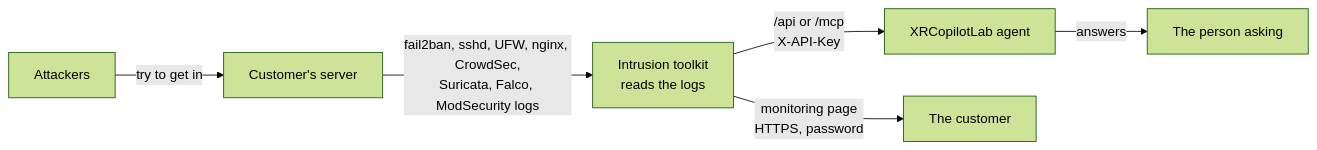
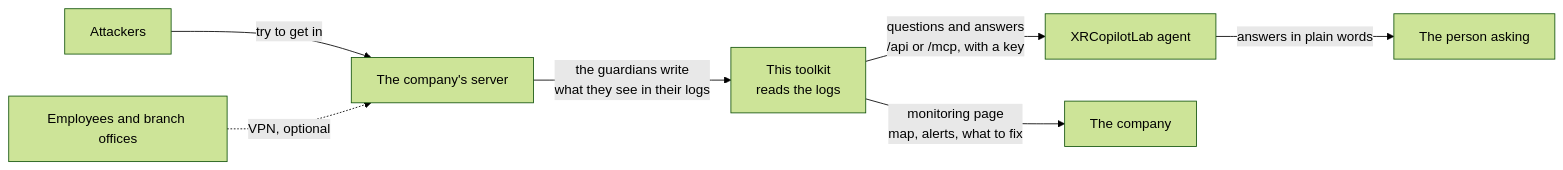
The first of 12 diagrams in README.md (hevolusinnovation/xrcopilotlab-intrusion-mcp), drawn with Mermaid (forest theme) before and after one commit. The commit also changed other lines of this file and 8 other files, not shown here.

First line of the commit message:
docs: README in plain words with GIFs, diagrams, quick starts, every setting and tool

````diff
--- a/README.md
+++ b/README.md
@@ -19,8 +20,9 @@
 ```mermaid
 flowchart LR
-  A[Attackers] -->|try to get in| S[Customer's server]
-  S -->|fail2ban, sshd, UFW, nginx, CrowdSec,<br/>Suricata, Falco, ModSecurity logs| T[Intrusion toolkit<br/>reads the logs]
-  T -->|/api or /mcp<br/>X-API-Key| X[XRCopilotLab agent]
-  T -->|monitoring page<br/>HTTPS, password| H[The customer]
-  X -->|answers| P[The person asking]
+  A[Attackers] -->|try to get in| S[The company's server]
+  S -->|the guardians write<br/>what they see in their logs| T[This toolkit<br/>reads the logs]
+  T -->|"questions and answers<br/>/api or /mcp, with a key"| X[XRCopilotLab agent]
+  T -->|monitoring page<br/>map, alerts, what to fix| H[The company]
+  X -->|answers in plain words| P[The person asking]
+  E[Employees and branch offices] -.->|VPN, optional| S
 ```
````
